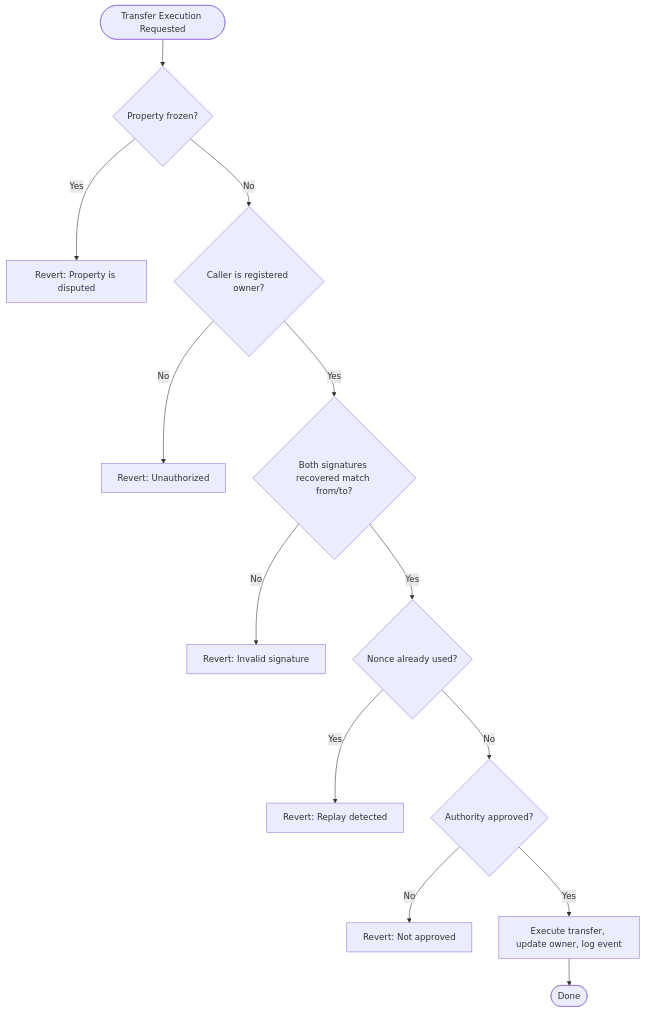
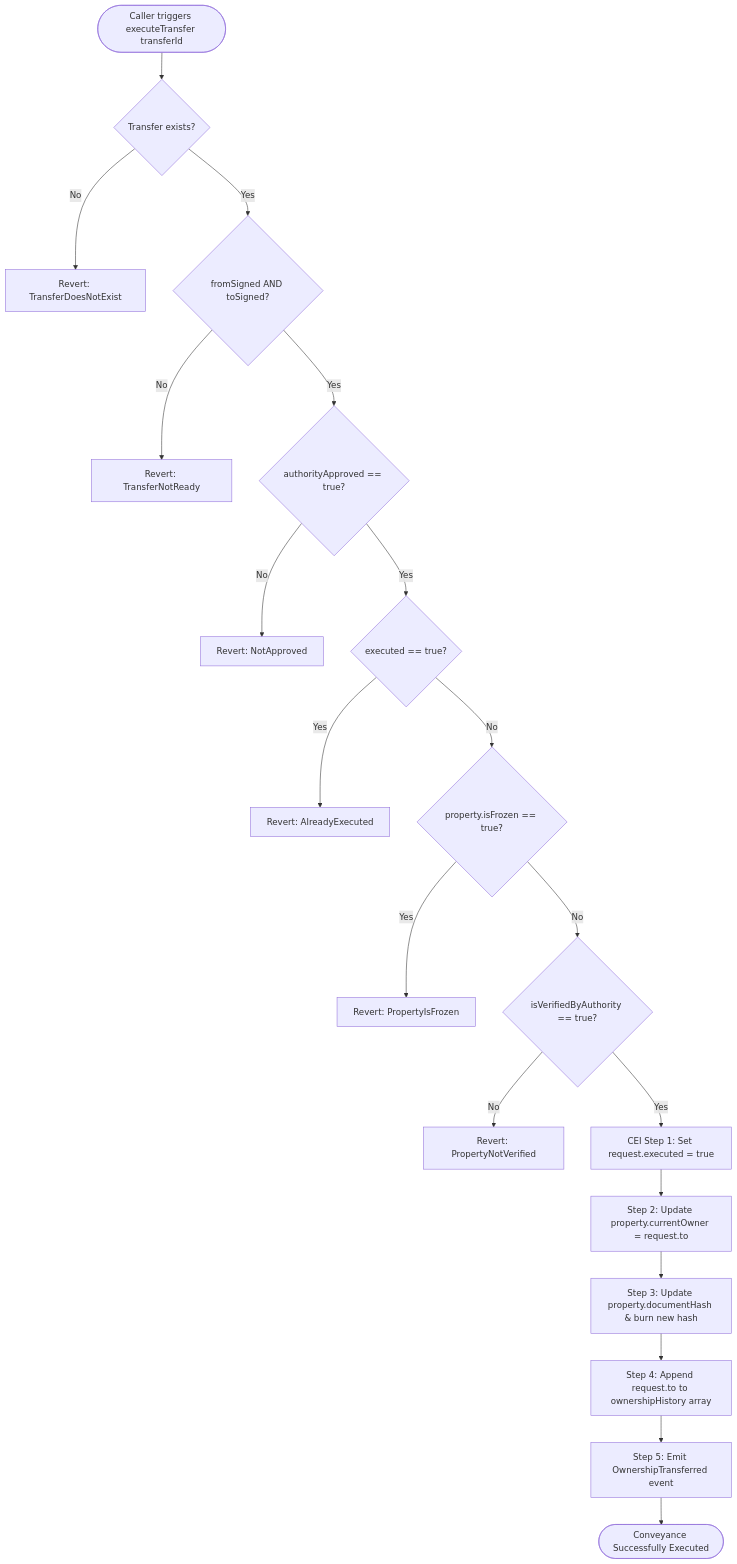
Before and after one commit to lakshay909/Land-registry: the fourth of 4 diagrams in Docs/03-uml-diagrams.md, drawn with Mermaid. The commit also changed other lines of this file and 21 other files, not shown here.

````diff
--- a/Docs/03-uml-diagrams.md
+++ b/Docs/03-uml-diagrams.md
@@ -93,15 +175,21 @@
 ```mermaid
 flowchart TD
-    Start([Transfer Execution Requested]) --> Q1{Property frozen?}
-    Q1 -- Yes --> Reject1[Revert: Property is disputed]
-    Q1 -- No --> Q2{Caller is registered owner?}
-    Q2 -- No --> Reject2[Revert: Unauthorized]
-    Q2 -- Yes --> Q3{Both signatures recovered match from/to?}
-    Q3 -- No --> Reject3[Revert: Invalid signature]
-    Q3 -- Yes --> Q4{Nonce already used?}
-    Q4 -- Yes --> Reject4[Revert: Replay detected]
-    Q4 -- No --> Q5{Authority approved?}
-    Q5 -- No --> Reject5[Revert: Not approved]
-    Q5 -- Yes --> Execute[Execute transfer, update owner, log event]
-    Execute --> End([Done])
+    Start([Caller triggers executeTransfer transferId]) --> CheckExists{Transfer exists?}
+    CheckExists -- No --> Rev1[Revert: TransferDoesNotExist]
+    CheckExists -- Yes --> CheckSigs{fromSigned AND toSigned?}
+    CheckSigs -- No --> Rev2[Revert: TransferNotReady]
+    CheckSigs -- Yes --> CheckApprove{authorityApproved == true?}
+    CheckApprove -- No --> Rev3[Revert: NotApproved]
+    CheckApprove -- Yes --> CheckExec{executed == true?}
+    CheckExec -- Yes --> Rev4[Revert: AlreadyExecuted]
+    CheckExec -- No --> CheckFrozen{property.isFrozen == true?}
+    CheckFrozen -- Yes --> Rev5[Revert: PropertyIsFrozen]
+    CheckFrozen -- No --> CheckVerified{isVerifiedByAuthority == true?}
+    CheckVerified -- No --> Rev6[Revert: PropertyNotVerified]
+    CheckVerified -- Yes --> CEI[CEI Step 1: Set request.executed = true]
+    CEI --> UpdateOwner[Step 2: Update property.currentOwner = request.to]
+    UpdateOwner --> UpdateDoc[Step 3: Update property.documentHash & burn new hash]
+    UpdateDoc --> AppendHist[Step 4: Append request.to to ownershipHistory array]
+    AppendHist --> EmitEvt[Step 5: Emit OwnershipTransferred event]
+    EmitEvt --> Done([Conveyance Successfully Executed])
 ```
````
